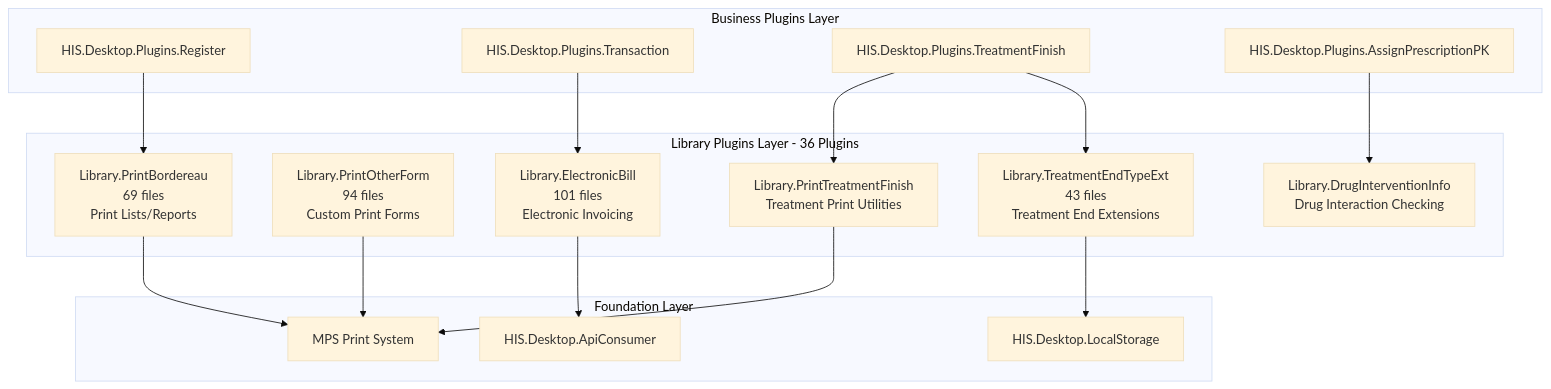
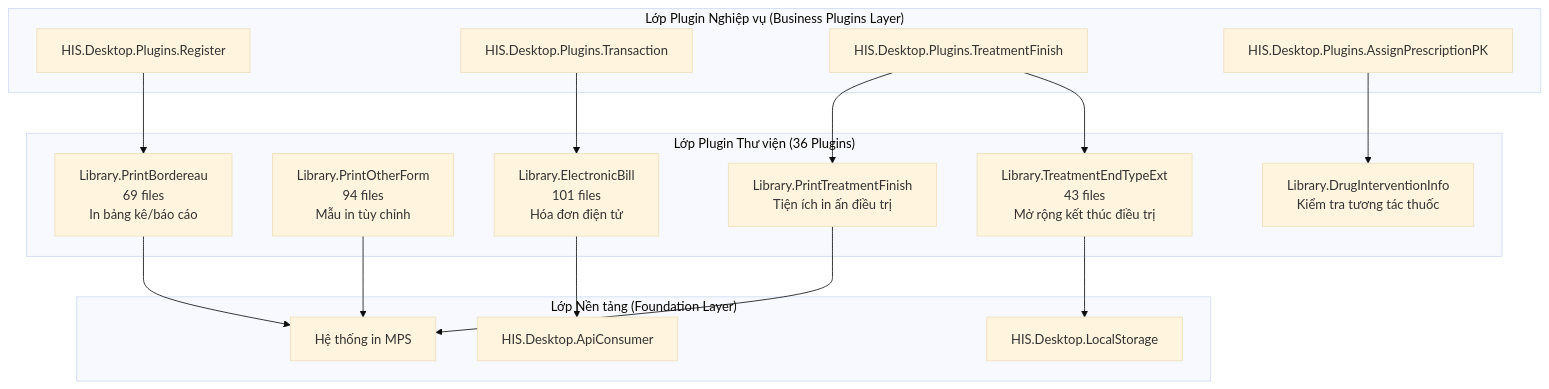
Before and after one commit to thangpnb/HIS: the first of 14 diagrams in docs/his-ba-documentation/04-integrations/helper-plugins.md, drawn with Mermaid (base theme). The commit also changed other lines of this file and 30 other files, not shown here.

Commit message:
Refactor architecture docs and update translations

````diff
--- a/docs/his-ba-documentation/04-integrations/helper-plugins.md
+++ b/docs/his-ba-documentation/04-integrations/helper-plugins.md
@@ -11,37 +11,37 @@
 ```mermaid
 graph TB
-    subgraph "Business Plugins Layer"
+    subgraph "Lớp Plugin Nghiệp vụ (Business Plugins Layer)"
         Register["HIS.Desktop.Plugins.Register"]
         Transaction["HIS.Desktop.Plugins.Transaction"]
         Treatment["HIS.Desktop.Plugins.TreatmentFinish"]
         Prescription["HIS.Desktop.Plugins.AssignPrescriptionPK"]
     end
     
-    subgraph "Library Plugins Layer - 36 Plugins"
-        ElectronicBill["Library.ElectronicBill<br/>101 files<br/>Electronic Invoicing"]
-        PrintOtherForm["Library.PrintOtherForm<br/>94 files<br/>Custom Print Forms"]
-        PrintBordereau["Library.PrintBordereau<br/>69 files<br/>Print Lists/Reports"]
-        TreatmentEndTypeExt["Library.TreatmentEndTypeExt<br/>43 files<br/>Treatment End Extensions"]
-        DrugIntervention["Library.DrugInterventionInfo<br/>Drug Interaction Checking"]
-        PrintTreatment["Library.PrintTreatmentFinish<br/>Treatment Print Utilities"]
+    subgraph "Lớp Plugin Thư viện (36 Plugins)"
+        ElectronicBill["Library.ElectronicBill<br/>101 files<br/>Hóa đơn điện tử"]
+        PrintOtherForm["Library.PrintOtherForm<br/>94 files<br/>Mẫu in tùy chỉnh"]
+        PrintBordereau["Library.PrintBordereau<br/>69 files<br/>In bảng kê/báo cáo"]
+        TreatmentEndTypeExt["Library.TreatmentEndTypeExt<br/>43 files<br/>Mở rộng kết thúc điều trị"]
+        DrugIntervention["Library.DrugInterventionInfo<br/>Kiểm tra tương tác thuốc"]
+        PrintTreatment["Library.PrintTreatmentFinish<br/>Tiện ích in ấn điều trị"]
     end
     
-    subgraph "Foundation Layer"
-        MPS["MPS Print System"]
+    subgraph "Lớp Nền tảng (Foundation Layer)"
+        MPS["Hệ thống in MPS"]
         ApiConsumer["HIS.Desktop.ApiConsumer"]
         LocalStorage["HIS.Desktop.LocalStorage"]
     end
     
     Transaction --> ElectronicBill
     Register --> PrintBordereau
     Treatment --> TreatmentEndTypeExt
     Treatment --> PrintTreatment
     Prescription --> DrugIntervention
     
     ElectronicBill --> ApiConsumer
     PrintOtherForm --> MPS
     PrintBordereau --> MPS
     PrintTreatment --> MPS
     
     TreatmentEndTypeExt --> LocalStorage
 ```
````
